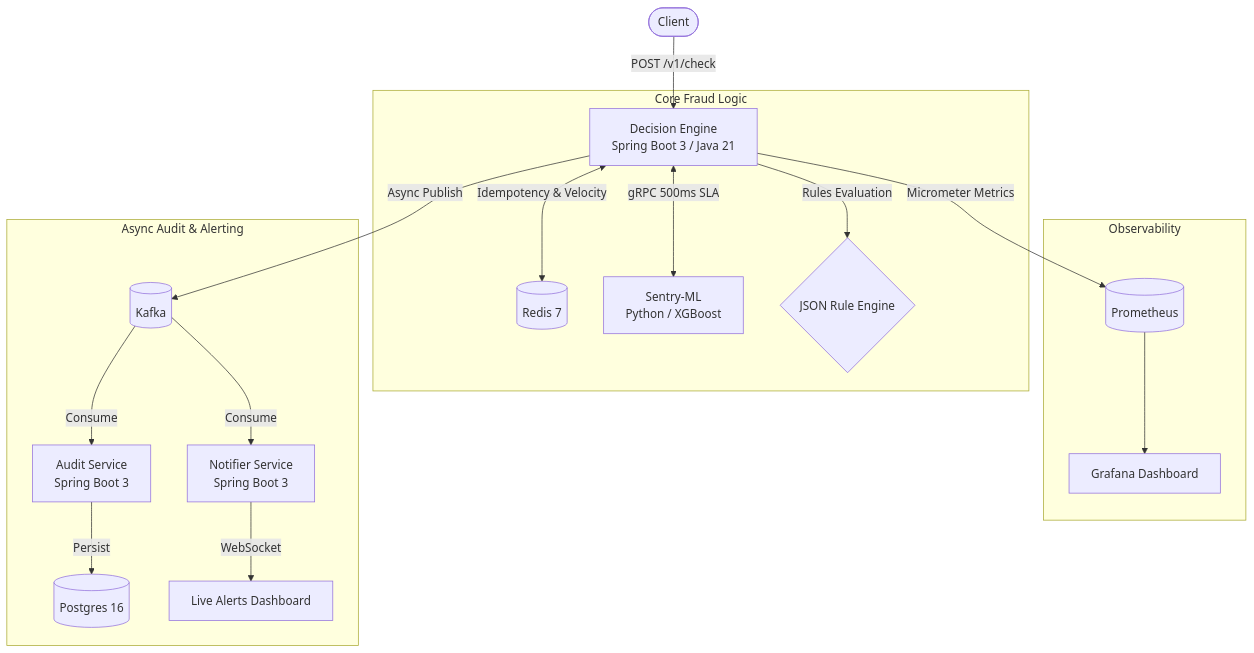
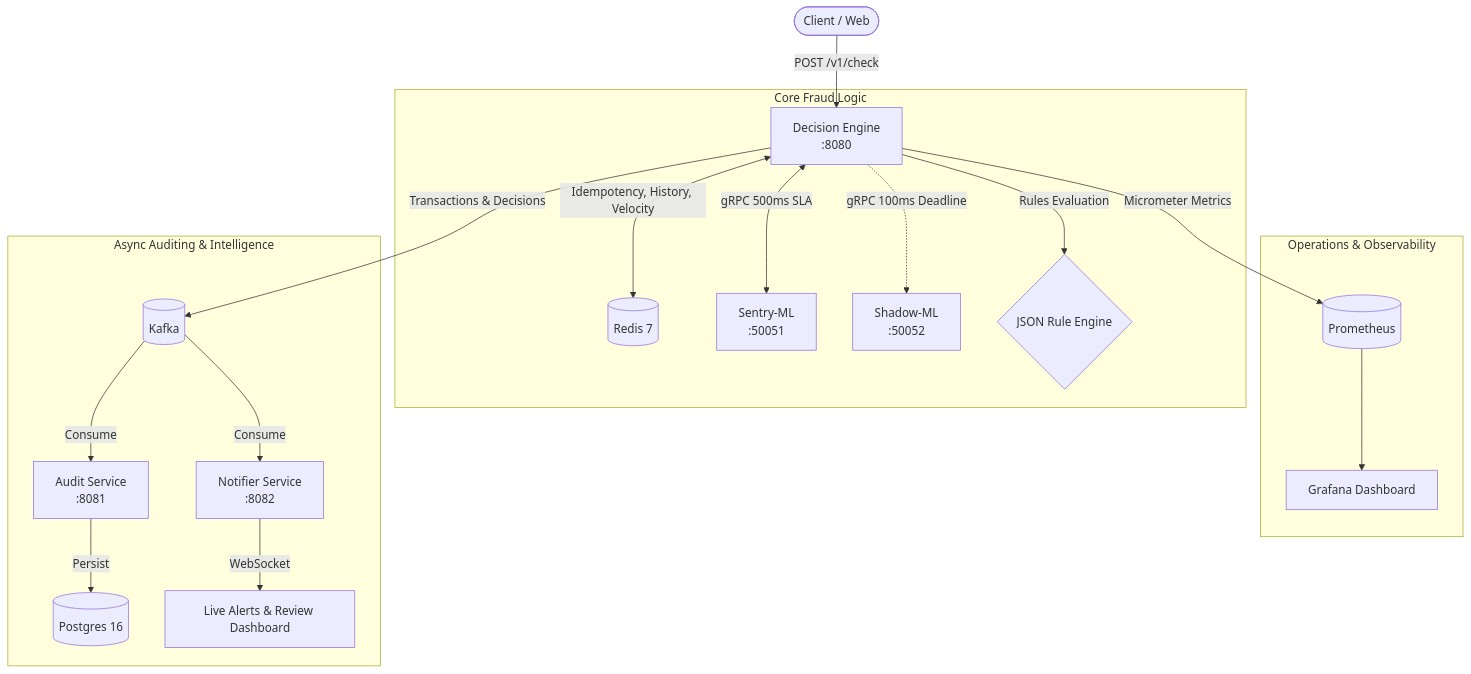
The first of 2 diagrams in README.md (raghavrajoria/sentinel-auth), drawn with Mermaid before and after one commit. The commit also changed other lines of this file and 32 other files, not shown here.

````diff
--- a/README.md
+++ b/README.md
@@ -9,24 +9,25 @@
 ```mermaid
 graph TD
-    Client([Client]) -->|POST /v1/check| DE[Decision Engine <br/> Spring Boot 3 / Java 21]
+    Client([Client / Web]) -->|POST /v1/check| DE[Decision Engine <br/> :8080]
     
     subgraph Core Fraud Logic
-        DE <-->|Idempotency & Velocity| Redis[(Redis 7)]
-        DE <-->|gRPC 500ms SLA| ML[Sentry-ML <br/> Python / XGBoost]
+        DE <-->|Idempotency, History, Velocity| Redis[(Redis 7)]
+        DE <-->|gRPC 500ms SLA| ML[Sentry-ML <br/> :50051]
+        DE -.->|gRPC 100ms Deadline| Shadow[Shadow-ML <br/> :50052]
         DE -->|Rules Evaluation| Rules{JSON Rule Engine}
     end
     
-    subgraph Observability
+    subgraph Operations & Observability
         DE -->|Micrometer Metrics| Prom[(Prometheus)]
         Prom --> Grafana[Grafana Dashboard]
     end
 
-    subgraph Async Audit & Alerting
-        DE -->|Async Publish| Kafka[(Kafka)]
-        Kafka -->|Consume| Audit[Audit Service <br/> Spring Boot 3]
-        Kafka -->|Consume| Notifier[Notifier Service <br/> Spring Boot 3]
+    subgraph Async Auditing & Intelligence
+        DE -->|Transactions & Decisions| Kafka[(Kafka)]
+        Kafka -->|Consume| Audit[Audit Service <br/> :8081]
+        Kafka -->|Consume| Notifier[Notifier Service <br/> :8082]
+        
         Audit -->|Persist| PG[(Postgres 16)]
-        Notifier -->|WebSocket| WebUI[Live Alerts Dashboard]
+        Notifier -->|WebSocket| WebUI[Live Alerts & Review Dashboard]
     end
-
 ```
````
